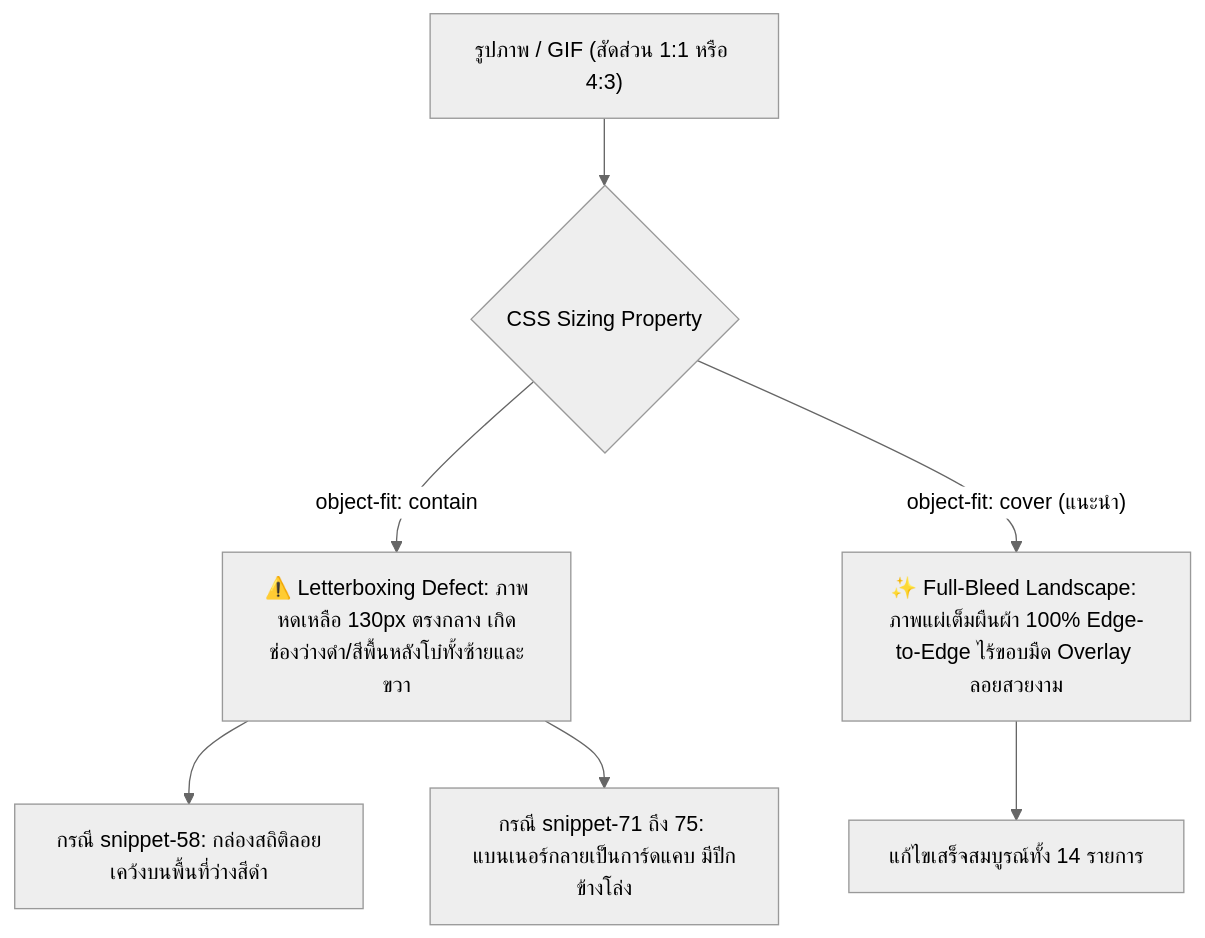
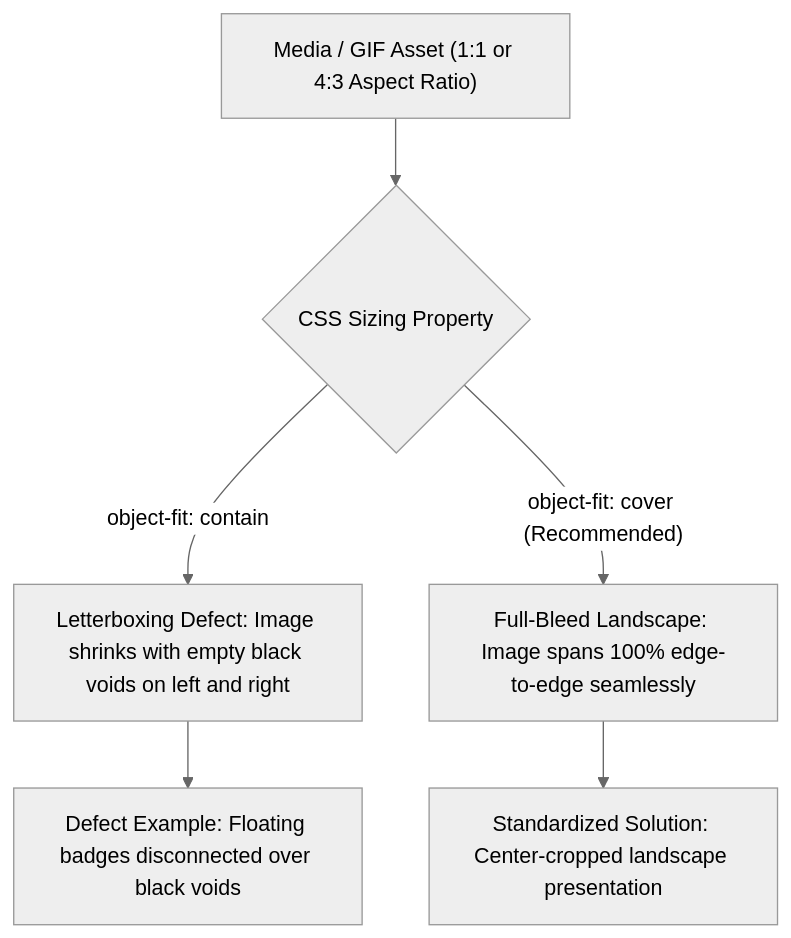
One commit to jadesolju/Snippet-Studio changed the second of 5 diagrams in RUBII_BACKGROUND_AND_BARS_ANALYSIS.md. Above: the diagram before and after it, drawn with Mermaid (neutral theme). The commit also changed other lines of this file and 2 other files, not shown here.

Commit message:
docs: standardize all Mermaid diagrams to English with Thai workflow blockquotes and zero emojis

````diff
--- a/RUBII_BACKGROUND_AND_BARS_ANALYSIS.md
+++ b/RUBII_BACKGROUND_AND_BARS_ANALYSIS.md
@@ -97,9 +102,8 @@
 ```mermaid
-graph TD
-    A["รูปภาพ / GIF (สัดส่วน 1:1 หรือ 4:3)"] --> B{"CSS Sizing Property"}
-    B -->|"object-fit: contain"| C["⚠️ Letterboxing Defect: ภาพหดเหลือ 130px ตรงกลาง เกิดช่องว่างดำ/สีพื้นหลังโบ๋ทั้งซ้ายและขวา"]
-    B -->|"object-fit: cover (แนะนำ)"| D["✨ Full-Bleed Landscape: ภาพแผ่เต็มผืนผ้า 100% Edge-to-Edge ไร้ขอบมืด Overlay ลอยสวยงาม"]
-    C --> E["กรณี snippet-58: กล่องสถิติลอยเคว้งบนพื้นที่ว่างสีดำ"]
-    C --> F["กรณี snippet-71 ถึง 75: แบนเนอร์กลายเป็นการ์ดแคบ มีปีกข้างโล่ง"]
-    D --> G["แก้ไขเสร็จสมบูรณ์ทั้ง 14 รายการ"]
+flowchart TD
+    A["Media / GIF Asset (1:1 or 4:3 Aspect Ratio)"] --> B{"CSS Sizing Property"}
+    B -->|"object-fit: contain"| C["Letterboxing Defect: Image shrinks with empty black voids on left and right"]
+    B -->|"object-fit: cover (Recommended)"| D["Full-Bleed Landscape: Image spans 100% edge-to-edge seamlessly"]
+    C --> E["Defect Example: Floating badges disconnected over black voids"]
+    D --> F["Standardized Solution: Center-cropped landscape presentation"]
 ```
````
